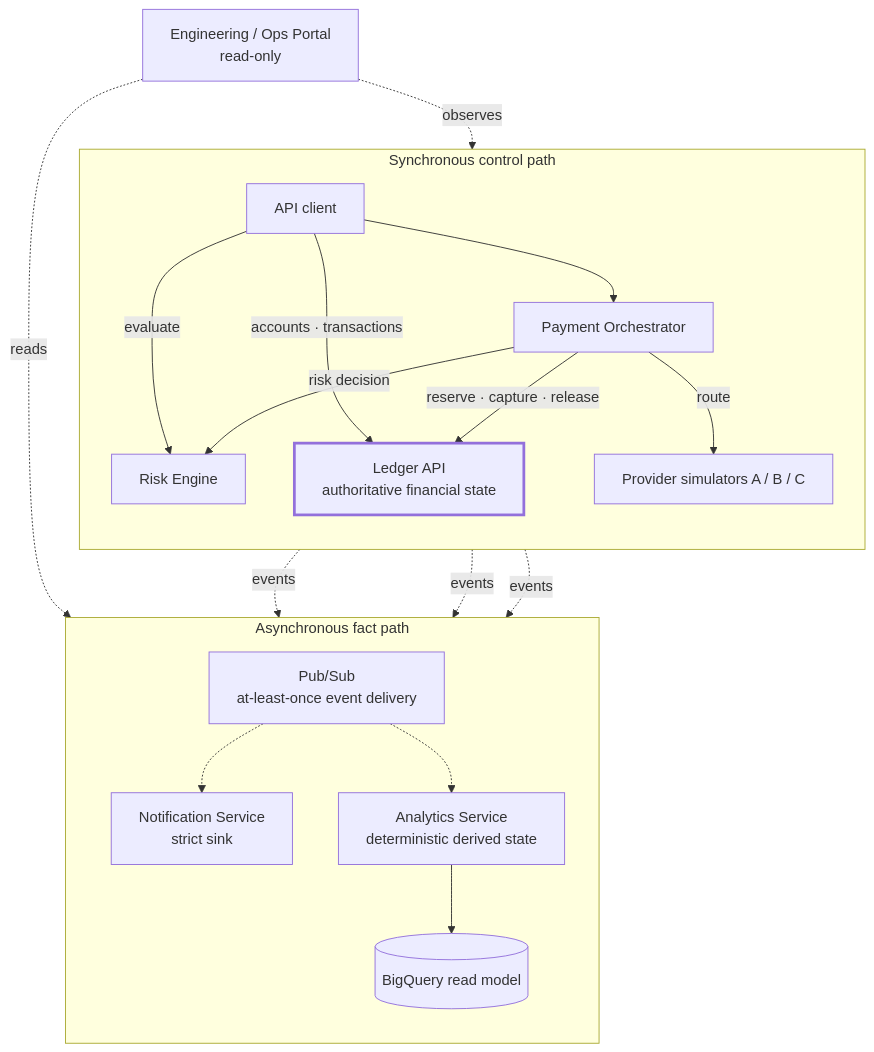
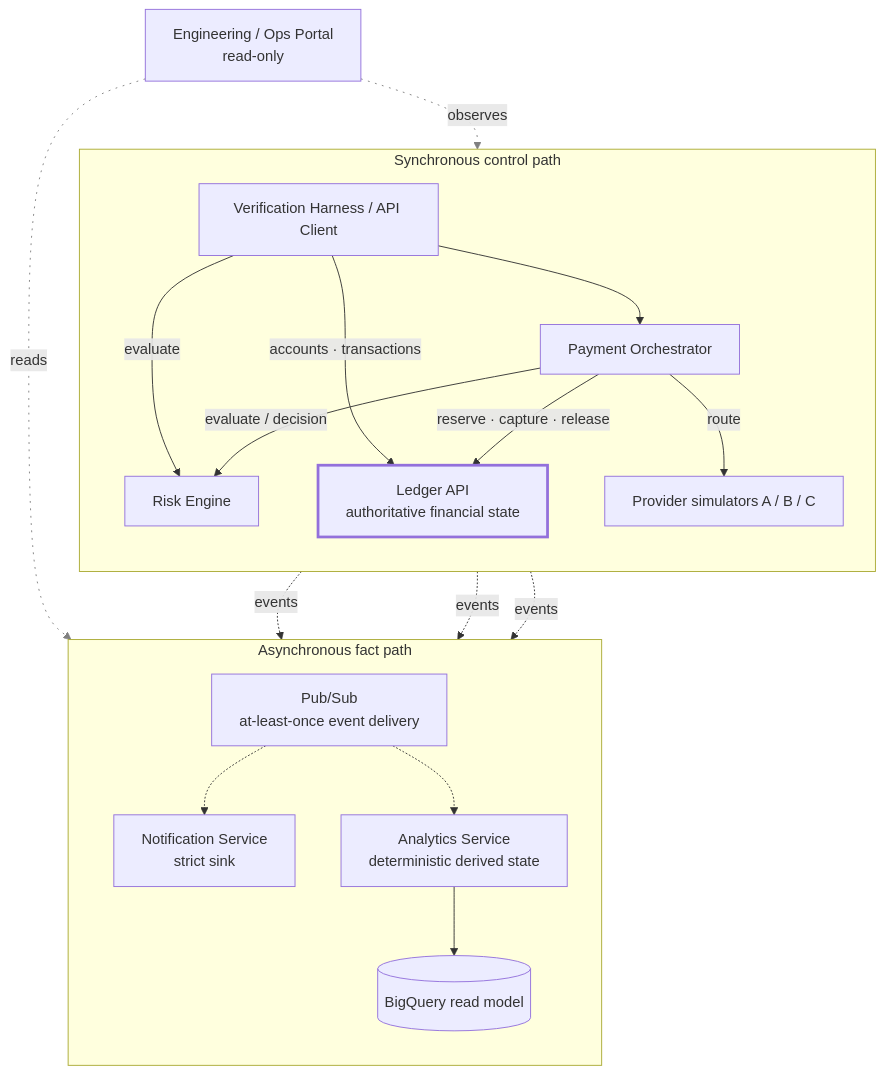
Before and after one commit to abdullahabduljabbarab/abs-financial-systems: the diagram in README.md, drawn with Mermaid. The commit also changed other lines of this file and 1 other file, not shown here.

Commit message:
Reorganise docs into docs/, refresh README, and overhaul the architecture diagram
Move ARCHITECTURE, EVENT_CATALOGUE, SERVICE_CATALOGUE, SYSTEM_REQUIREMENTS
and VERIFICATION_PLAN into docs/, leaving only README at the root, and fix
every cross-reference (root README, the ADRs, and the verification docs).

Rewrite the README to current reality: all six repositories live, the
service catalogue and verification plan, and this repo's role as the system
layer with its verification harness and planned portal.

Replace the logical architecture diagram (in both README and ARCHITECTURE)
with one that separates the synchronous control path from the asynchronous
fact path, names the verification harness as the driver, marks the portal
as a read-only observer, and emphasises the ledger as authoritative state.

````diff
--- a/README.md
+++ b/README.md
@@ -19,31 +19,32 @@
 ```mermaid
 flowchart TB
     PORTAL["Engineering / Ops Portal<br/>read-only"]
 
     subgraph SYNC["Synchronous control path"]
       direction TB
-      CLIENT["API client"] --> ORCH["Payment Orchestrator"]
-      ORCH -->|"risk decision"| RISK["Risk Engine"]
+      CLIENT["Verification Harness / API Client"] --> ORCH["Payment Orchestrator"]
+      ORCH -->|"evaluate / decision"| RISK["Risk Engine"]
       ORCH -->|"reserve · capture · release"| LEDGER["Ledger API<br/>authoritative financial state"]
       ORCH -->|"route"| PROV["Provider simulators A / B / C"]
       CLIENT -->|"accounts · transactions"| LEDGER
       CLIENT -->|"evaluate"| RISK
     end
 
     subgraph ASYNC["Asynchronous fact path"]
       direction TB
       BUS["Pub/Sub<br/>at-least-once event delivery"]
       BUS -.-> NOTIF["Notification Service<br/>strict sink"]
       BUS -.-> ANALYTICS["Analytics Service<br/>deterministic derived state"]
       ANALYTICS --> BQ[("BigQuery read model")]
     end
 
     LEDGER -.->|"events"| BUS
     ORCH -.->|"events"| BUS
     RISK -.->|"events"| BUS
 
     PORTAL -.->|"observes"| ORCH
     PORTAL -.->|"reads"| ANALYTICS
 
     style LEDGER stroke-width:3px
+    linkStyle 12,13 stroke:gray,stroke-dasharray:2 6
 ```
````
